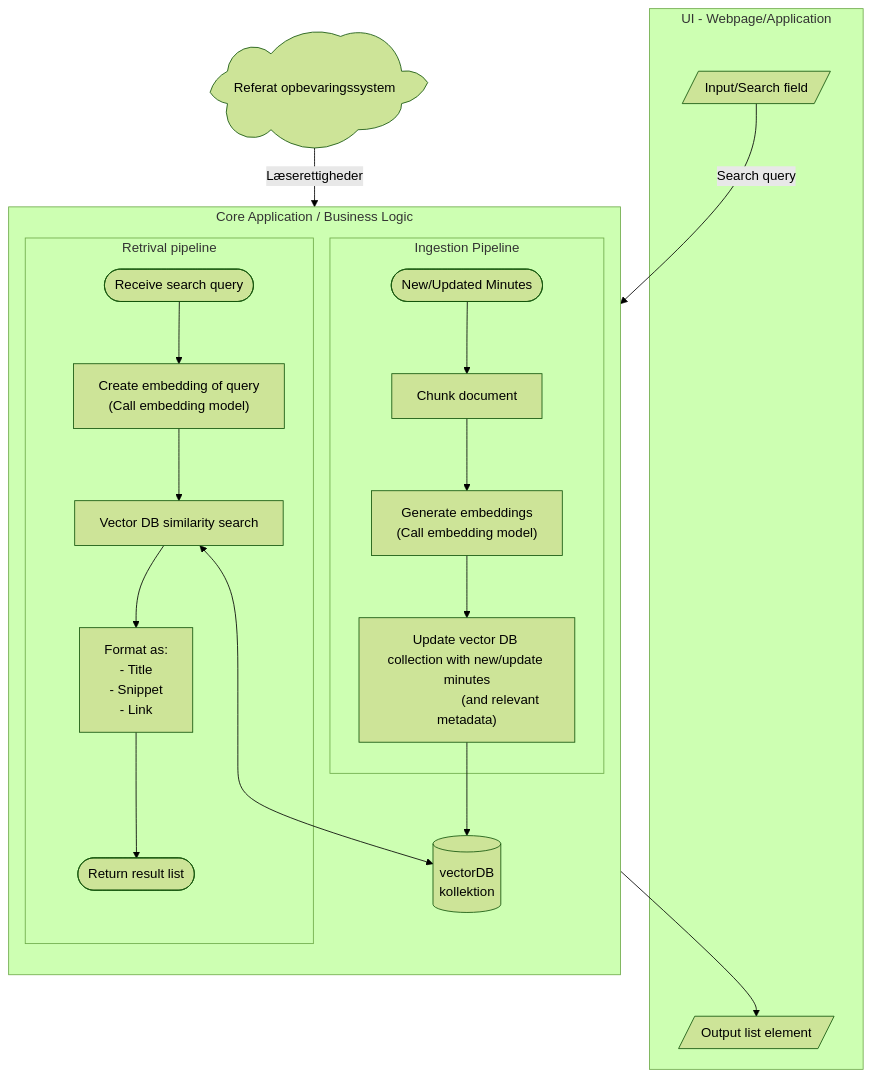
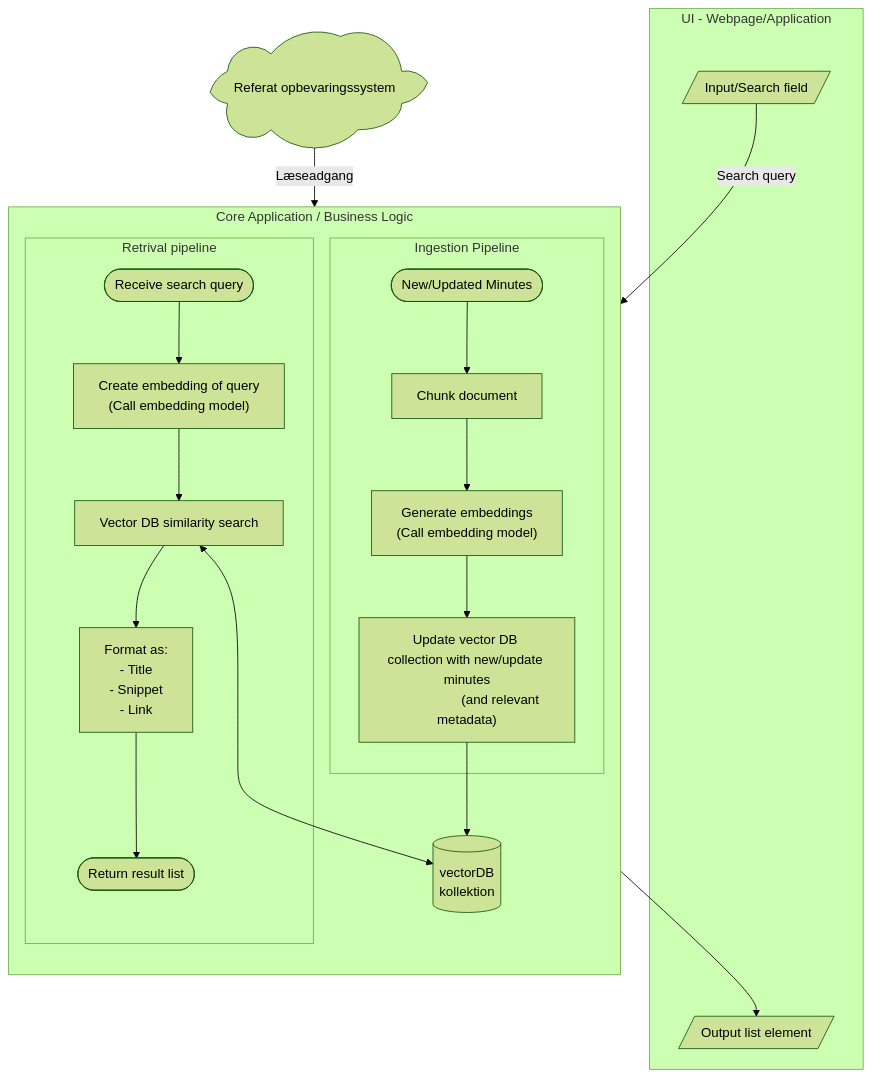
Before and after one commit to OS2sandbox/public-genai-governance: the diagram in docs/minimumskrav/AI_loesningseksempler/soegning.md, drawn with Mermaid (forest theme).

Commit message:
More precise access rights

````diff
--- a/docs/minimumskrav/AI_loesningseksempler/soegning.md
+++ b/docs/minimumskrav/AI_loesningseksempler/soegning.md
@@ -7,59 +7,59 @@
 ```mermaid
 flowchart TD
     
     subgraph UI["UI - Webpage/Application"]
         user@{ shape: in-out, label: "Input/Search field"} 
         
         results@{ shape: in-out, label: "Output list element"}
     end
 
     system@{ shape: cloud, label: "Referat opbevaringssystem"}
 
     subgraph core["`Core Application / Business Logic`"]
         direction TB
         
         vdb@{ shape: db, label: "vectorDB\n kollektion"}
         %% Re-indexing flow
         subgraph ingest["Ingestion Pipeline"]
     
             minutes(["New/Updated Minutes"])
             chunk["Chunk document"]
             embed2["Generate embeddings
                     (Call embedding model)"]
             store["Update vector DB collection with new/update minutes
                    (and relevant metadata)"]
     
             minutes --> chunk --> embed2 --> store
         end
         
         store --> vdb
         
         subgraph retrive["Retrival pipeline"]
             
             start([Receive search query])
     
             embed["Create embedding of query
                    (Call embedding model)"]
     
             search["Vector DB similarity search"]
     
             format["Format as:
                     - Title
                     - Snippet
                     - Link"]
     
             return([Return result list])
     
             user-->|Search query| start --> embed --> search --> format --> return
             
         end
         
         search <--> vdb
         
     end
-    system -->|Læserettigheder| minutes
+    system -->|Læseadgang| minutes
     
     return --> results
 
     
 ```
````
